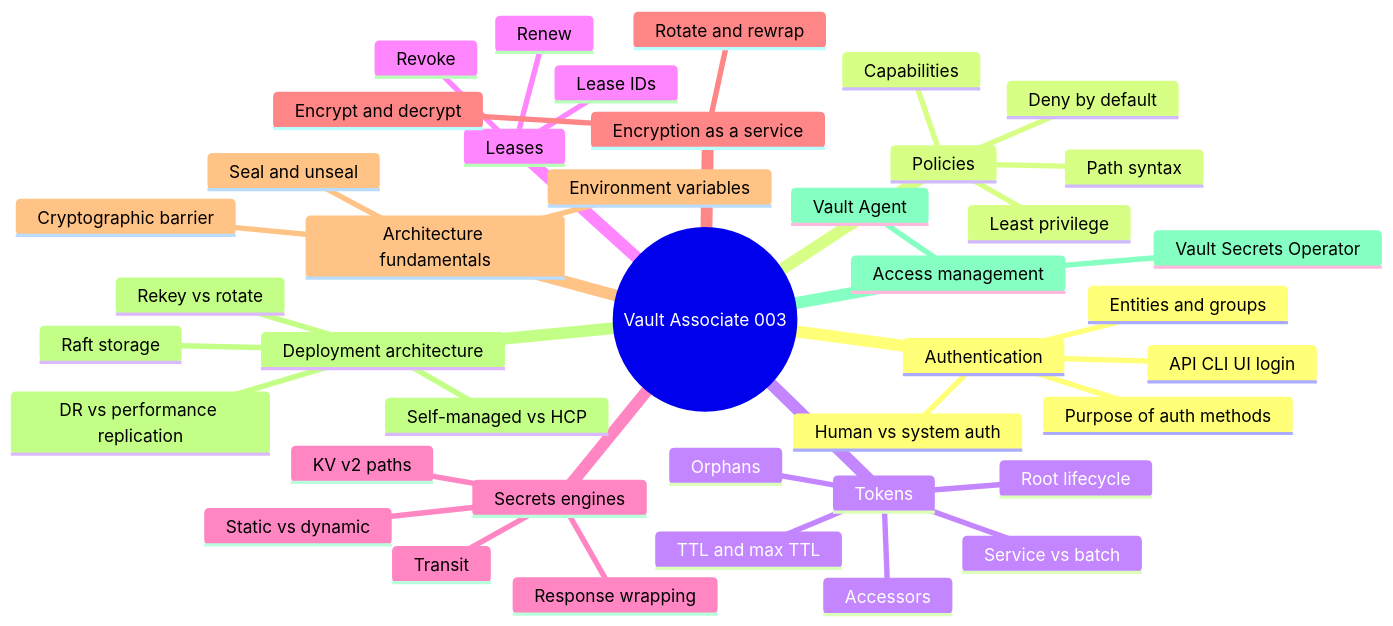
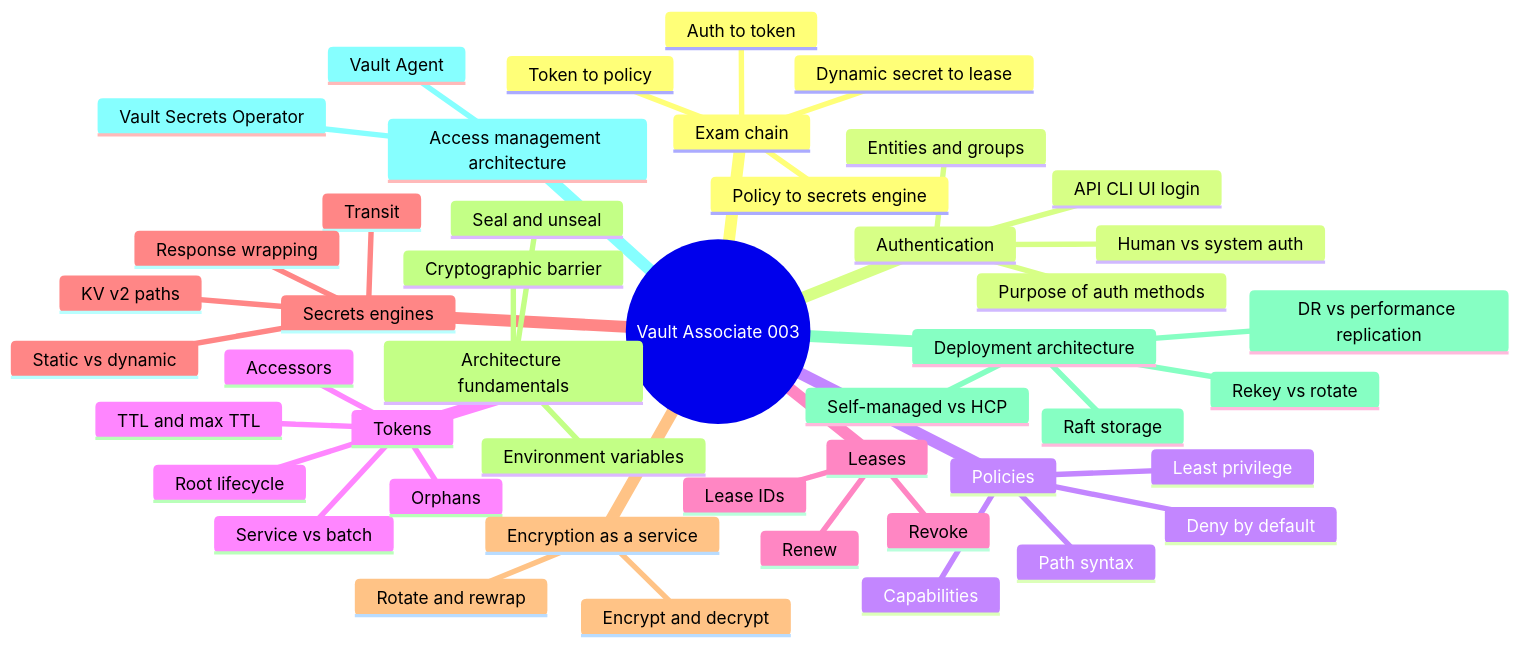
Before and after one commit to guilhermeafonsoch/vault-study-hub: the diagram in README.md, drawn with Mermaid. The commit also changed other lines of this file and 11 other files, not shown here.

````diff
--- a/README.md
+++ b/README.md
@@ -51,44 +51,49 @@
 ```mermaid
 mindmap
   root((Vault Associate 003))
+    Exam chain
+      Auth to token
+      Token to policy
+      Policy to secrets engine
+      Dynamic secret to lease
     Authentication
       Purpose of auth methods
       Human vs system auth
       Entities and groups
       API CLI UI login
     Policies
       Deny by default
       Path syntax
       Capabilities
       Least privilege
     Tokens
       Service vs batch
       Root lifecycle
       Accessors
       TTL and max TTL
       Orphans
     Leases
       Lease IDs
       Renew
       Revoke
     Secrets engines
       Static vs dynamic
       Transit
       Response wrapping
       KV v2 paths
     Encryption as a service
       Encrypt and decrypt
       Rotate and rewrap
     Architecture fundamentals
       Cryptographic barrier
       Seal and unseal
       Environment variables
     Deployment architecture
       Self-managed vs HCP
       Raft storage
       Rekey vs rotate
       DR vs performance replication
-    Access management
+    Access management architecture
       Vault Agent
       Vault Secrets Operator
 ```
````
